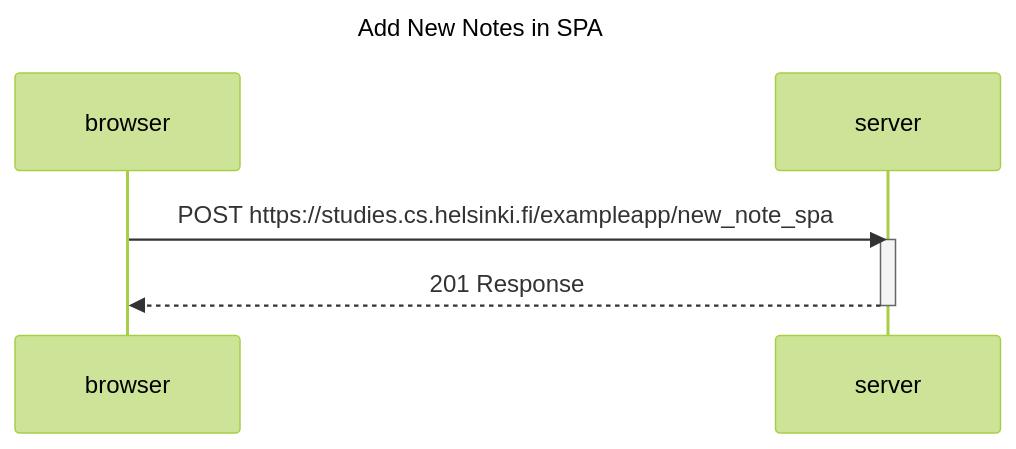
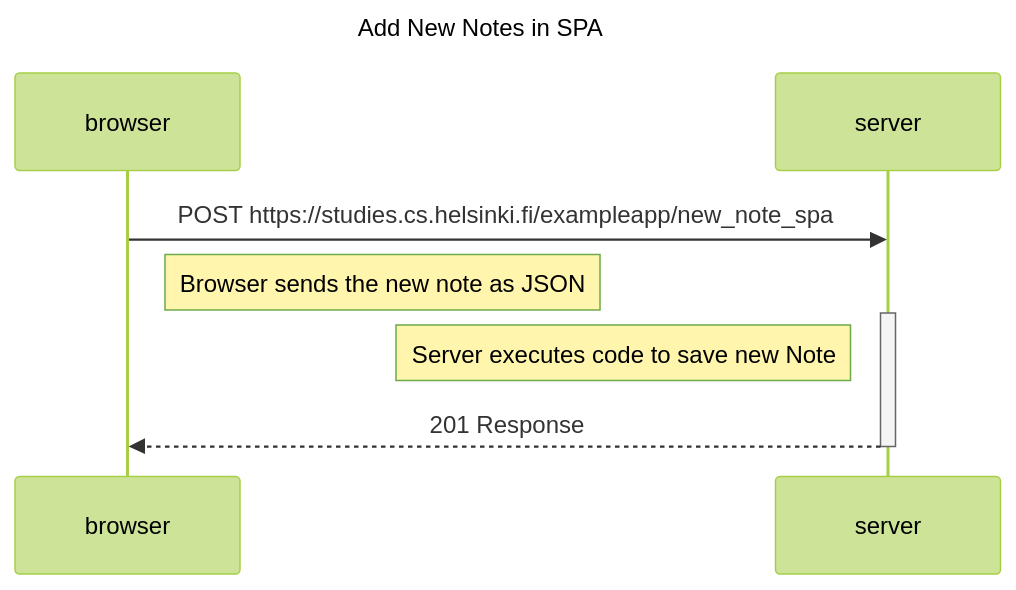
One commit to balinkrish2000/fullstackopen changed the diagram in part0/SinglePageAppDiagram-NewNotes.mmd. Above: the diagram before and after it, drawn with Mermaid (forest theme).

```diff
--- a/part0/SinglePageAppDiagram-NewNotes.mmd
+++ b/part0/SinglePageAppDiagram-NewNotes.mmd
@@ -1,9 +1,11 @@
 sequenceDiagram
     Title: Add New Notes in SPA
     participant browser
     participant server
 
     browser->>server: POST https://studies.cs.helsinki.fi/exampleapp/new_note_spa
+    Note right of browser: Browser sends the new note as JSON
     activate server
+    Note left of server: Server executes code to save new Note
     server-->>browser: 201 Response
     deactivate server
```
